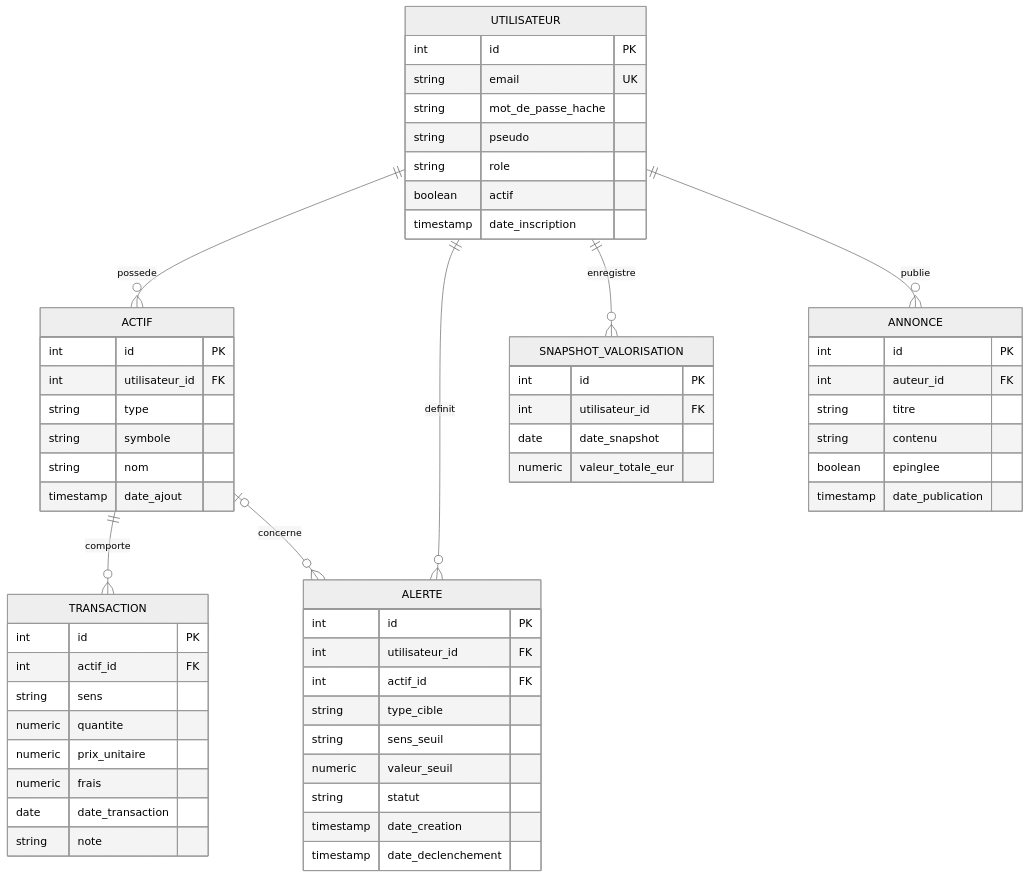
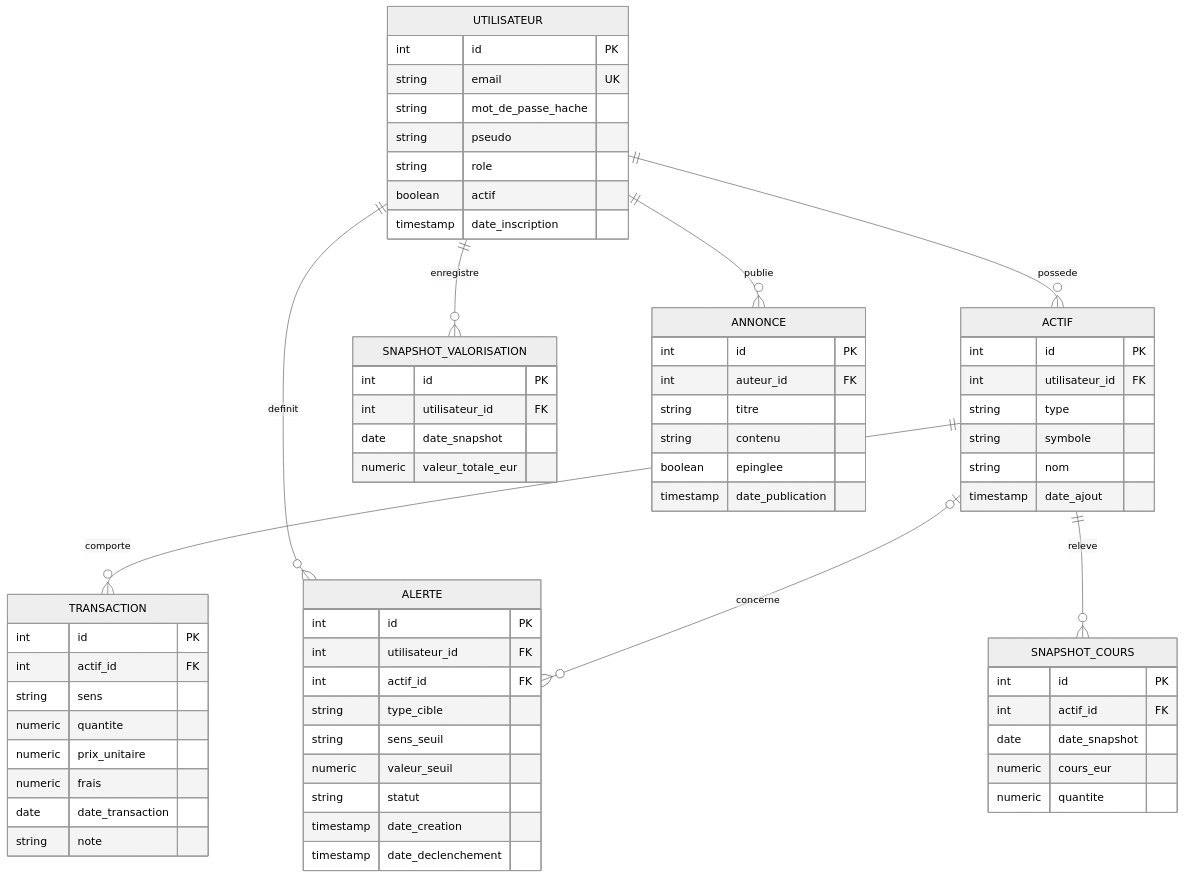
One commit to geoffrey-carpentier/CapitAll changed the diagram in docs/conception/modele-de-donnees.md. Above: the diagram before and after it, drawn with Mermaid (neutral theme). The commit also changed other lines of this file and 4 other files, not shown here.

````diff
--- a/docs/conception/modele-de-donnees.md
+++ b/docs/conception/modele-de-donnees.md
@@ -125,62 +139,70 @@
 ```mermaid
 erDiagram
     UTILISATEUR ||--o{ ACTIF : possede
     ACTIF ||--o{ TRANSACTION : comporte
     UTILISATEUR ||--o{ ALERTE : definit
     ACTIF |o--o{ ALERTE : concerne
     UTILISATEUR ||--o{ SNAPSHOT_VALORISATION : enregistre
+    ACTIF ||--o{ SNAPSHOT_COURS : releve
     UTILISATEUR ||--o{ ANNONCE : publie
 
     UTILISATEUR {
         int id PK
         string email UK
         string mot_de_passe_hache
         string pseudo
         string role
         boolean actif
         timestamp date_inscription
     }
     ACTIF {
         int id PK
         int utilisateur_id FK
         string type
         string symbole
         string nom
         timestamp date_ajout
     }
     TRANSACTION {
         int id PK
         int actif_id FK
         string sens
         numeric quantite
         numeric prix_unitaire
         numeric frais
         date date_transaction
         string note
     }
     ALERTE {
         int id PK
         int utilisateur_id FK
         int actif_id FK
         string type_cible
         string sens_seuil
         numeric valeur_seuil
         string statut
         timestamp date_creation
         timestamp date_declenchement
     }
     SNAPSHOT_VALORISATION {
         int id PK
         int utilisateur_id FK
         date date_snapshot
         numeric valeur_totale_eur
     }
+    SNAPSHOT_COURS {
+        int id PK
+        int actif_id FK
+        date date_snapshot
+        numeric cours_eur
+        numeric quantite
+    }
     ANNONCE {
         int id PK
         int auteur_id FK
         string titre
         string contenu
         boolean epinglee
         timestamp date_publication
     }
 ```
````
